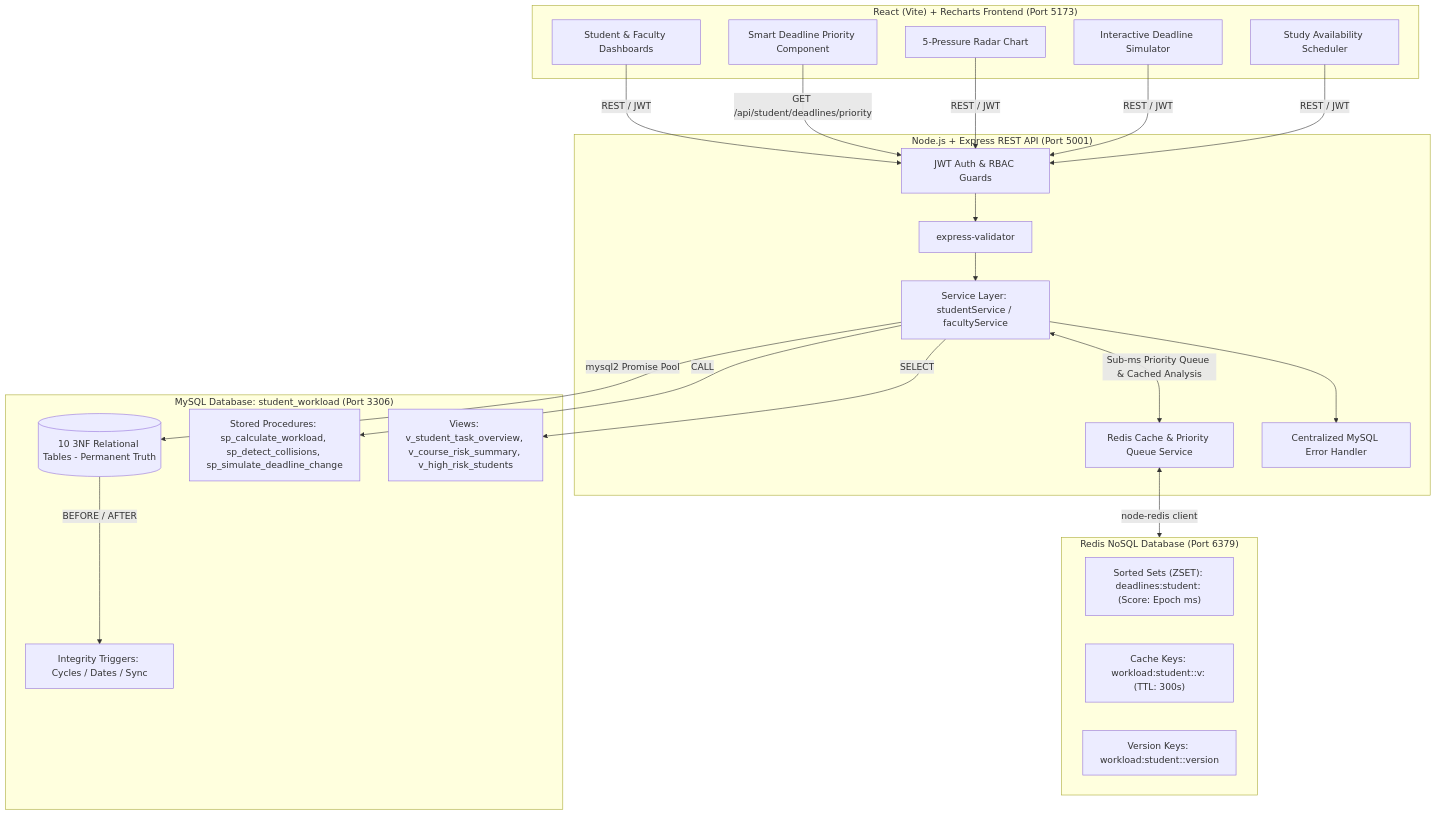
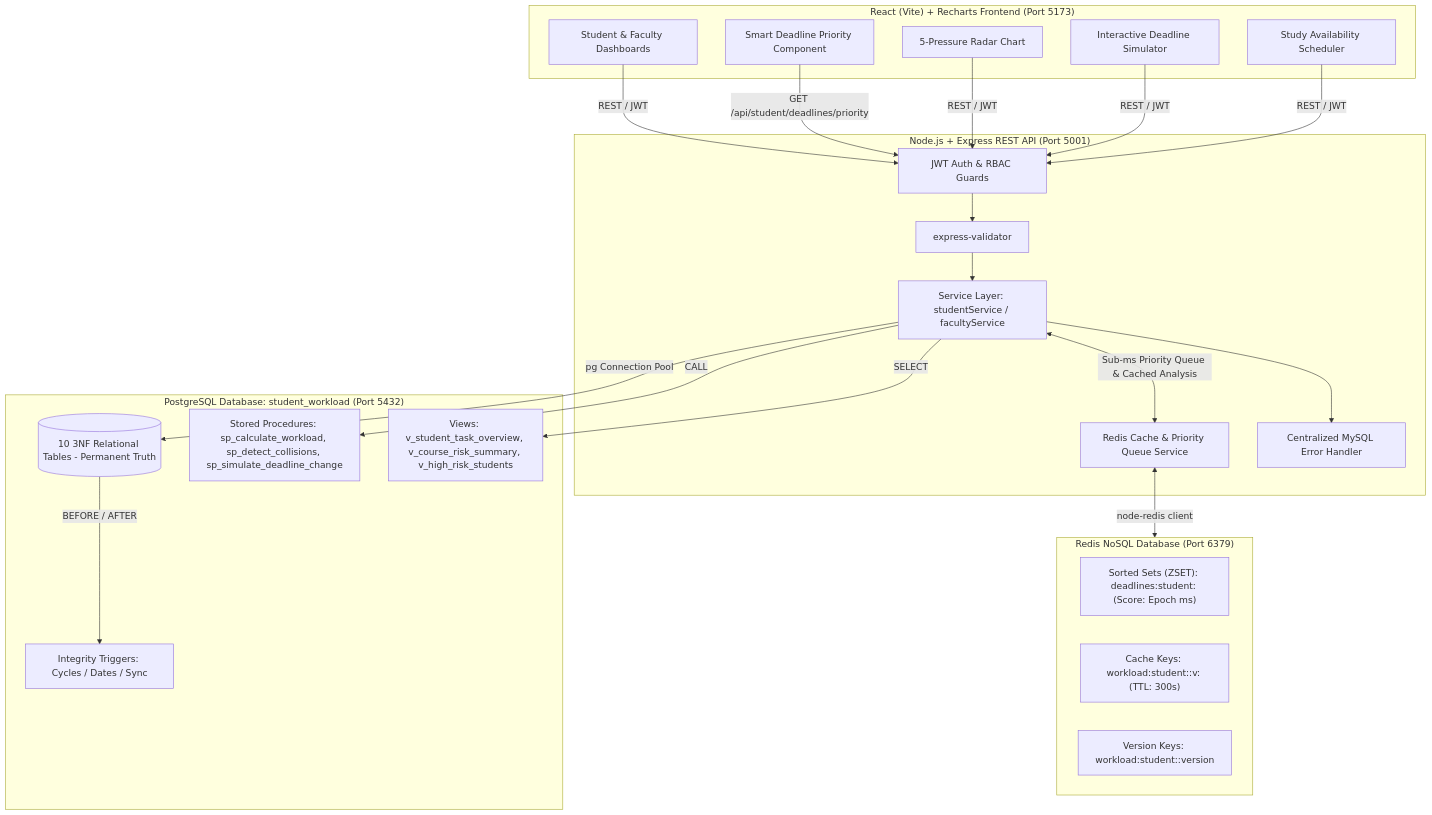
The diagram in README.md (aadi-basal-06/workload-analyzer), drawn with Mermaid before and after one commit. The commit also changed other lines of this file and 57 other files, not shown here.

Commit message:
feat: migrate database to native PostgreSQL 15, update documentation and add comprehensive project report with screenshots

````diff
--- a/README.md
+++ b/README.md
@@ -9,45 +9,45 @@
 ```mermaid
 graph TD
     subgraph Frontend["React (Vite) + Recharts Frontend (Port 5173)"]
         UI_Dash[Student & Faculty Dashboards]
         UI_Priority[Smart Deadline Priority Component]
         UI_Radar[5-Pressure Radar Chart]
         UI_Sim[Interactive Deadline Simulator]
         UI_Avail[Study Availability Scheduler]
     end
 
     subgraph Backend["Node.js + Express REST API (Port 5001)"]
         AuthMid[JWT Auth & RBAC Guards]
         ValMid[express-validator]
         ServL[Service Layer: studentService / facultyService]
         RedisServ[Redis Cache & Priority Queue Service]
         ErrMid[Centralized MySQL Error Handler]
     end
 
     subgraph RedisDB["Redis NoSQL Database (Port 6379)"]
         ZSetQueue["Sorted Sets (ZSET): deadlines:student:<id> (Score: Epoch ms)"]
         WorkloadCache["Cache Keys: workload:student:<id>:v<version>:<window> (TTL: 300s)"]
         VersionCounter["Version Keys: workload:student:<id>:version"]
     end
 
-    subgraph MySQLDB["MySQL Database: student_workload (Port 3306)"]
+    subgraph PostgresDB["PostgreSQL Database: student_workload (Port 5432)"]
         Tables[(10 3NF Relational Tables - Permanent Truth)]
         Triggers[Integrity Triggers: Cycles / Dates / Sync]
         Procedures[Stored Procedures: sp_calculate_workload, sp_detect_collisions, sp_simulate_deadline_change]
         Views[Views: v_student_task_overview, v_course_risk_summary, v_high_risk_students]
     end
 
     UI_Dash -->|REST / JWT| AuthMid
     UI_Priority -->|GET /api/student/deadlines/priority| AuthMid
     UI_Radar -->|REST / JWT| AuthMid
     UI_Sim -->|REST / JWT| AuthMid
     UI_Avail -->|REST / JWT| AuthMid
 
     AuthMid --> ValMid --> ServL --> ErrMid
     ServL <-->|Sub-ms Priority Queue & Cached Analysis| RedisServ
     RedisServ <-->|node-redis client| RedisDB
-    ServL -->|mysql2 Promise Pool| Tables
+    ServL -->|pg Connection Pool| Tables
     ServL -->|CALL| Procedures
     ServL -->|SELECT| Views
     Tables -->|BEFORE / AFTER| Triggers
 ```
````
